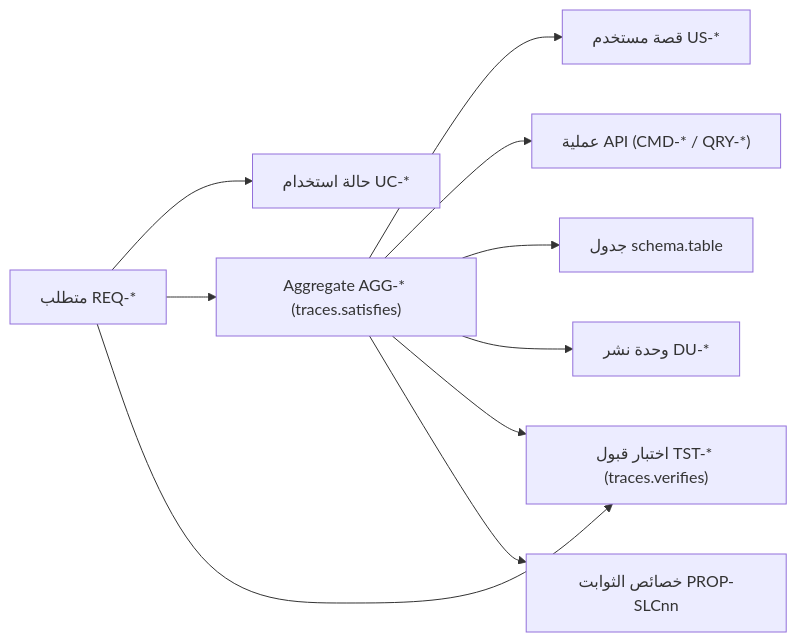
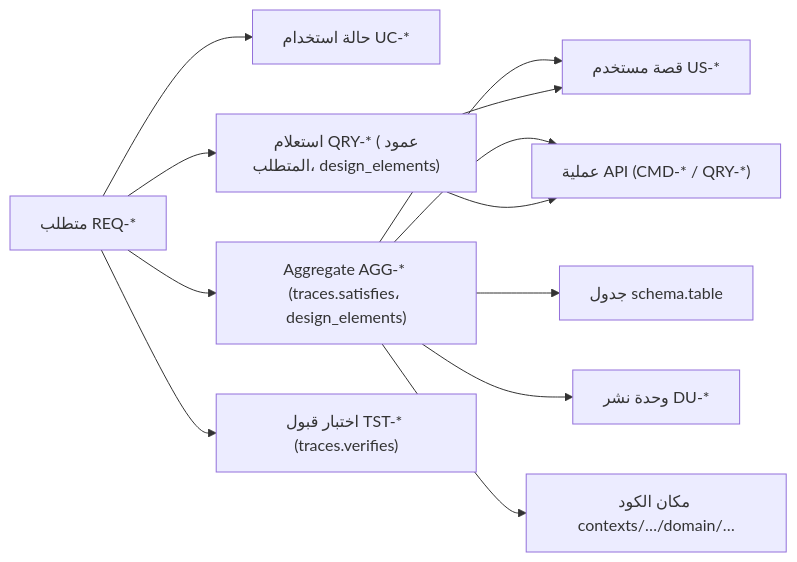
Before and after one commit to Ayoubkhattab/Planing: the diagram in spec/18-analysis-design/25-traceability-matrix.md, drawn with Mermaid. The commit also changed other lines of this file and 6 other files, not shown here.

````diff
--- a/spec/18-analysis-design/25-traceability-matrix.md
+++ b/spec/18-analysis-design/25-traceability-matrix.md
@@ -15,12 +15,14 @@
 ```mermaid
 flowchart LR
   REQ["متطلب REQ-*"] --> UC["حالة استخدام UC-*"]
-  REQ --> AGG["Aggregate AGG-* (traces.satisfies)"]
+  REQ --> AGG["Aggregate AGG-* (traces.satisfies، design_elements)"]
+  REQ --> QRY["استعلام QRY-* (عمود المتطلب، design_elements)"]
   AGG --> US["قصة مستخدم US-*"]
+  QRY --> US
   AGG --> API["عملية API (CMD-* / QRY-*)"]
+  QRY --> API
   AGG --> TAB["جدول schema.table"]
   AGG --> DU["وحدة نشر DU-*"]
+  AGG --> CODE["مكان الكود contexts/…/domain/…"]
   REQ --> TST["اختبار قبول TST-* (traces.verifies)"]
-  AGG --> TST
-  AGG --> PROP["خصائص الثوابت PROP-SLCnn"]
 ```
````
